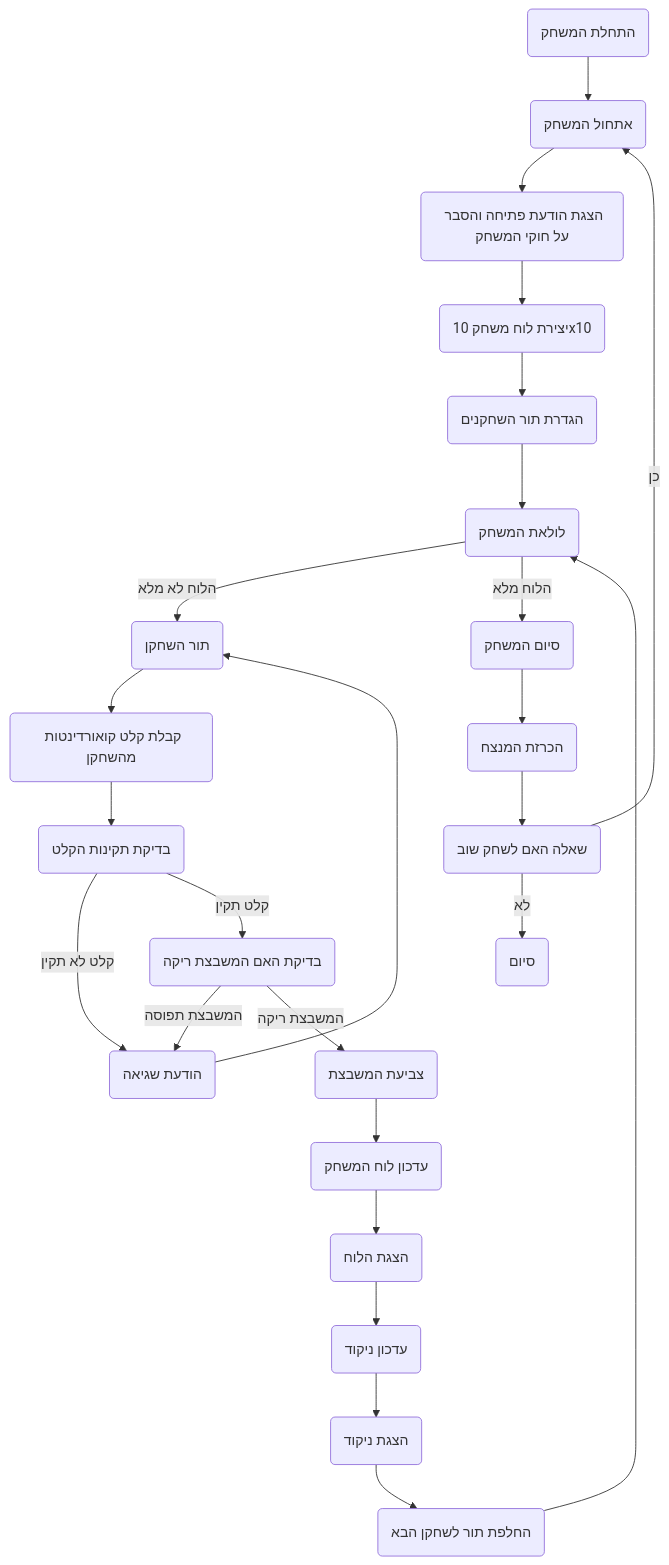
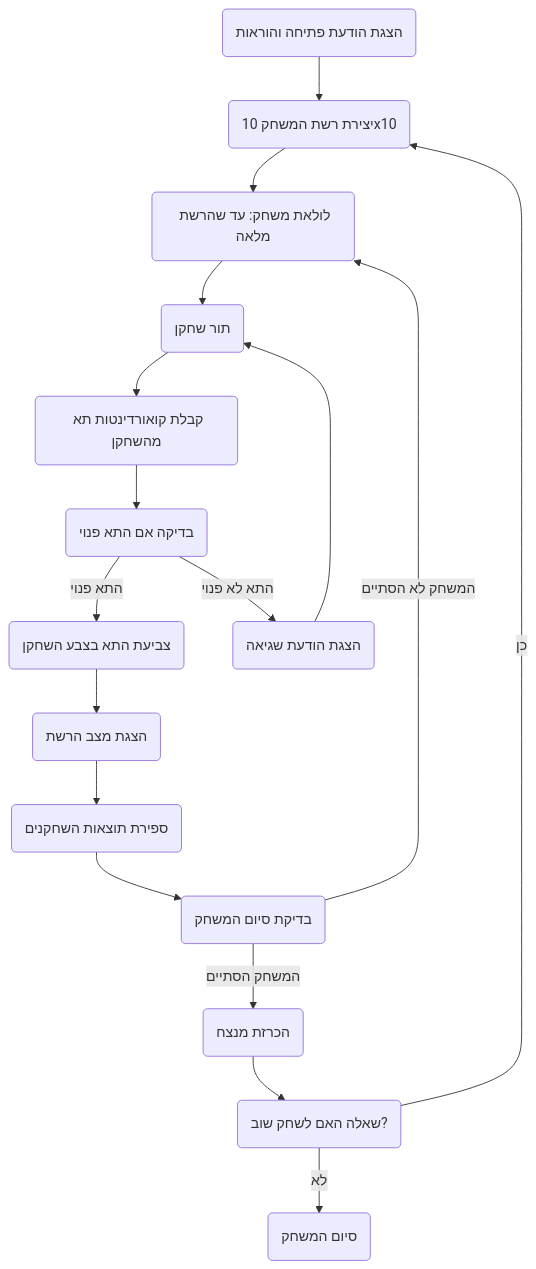
Before and after one commit to hypo69/hypo: the diagram in docs/gemini/he/explainer/src/endpoints/ai_games/101_basic_computer_games/ru/rules/84_splat.ru.md.md, drawn with Mermaid. The commit also changed other lines of this file and 885 other files, not shown here.

````diff
--- a/docs/gemini/he/explainer/src/endpoints/ai_games/101_basic_computer_games/ru/rules/84_splat.ru.md.md
+++ b/docs/gemini/he/explainer/src/endpoints/ai_games/101_basic_computer_games/ru/rules/84_splat.ru.md.md
@@ -38,33 +76,19 @@
 ```mermaid
 flowchart TD
-    Start(התחלת המשחק) --> InitGame(אתחול המשחק);
-    InitGame --> WelcomeMessage(הצגת הודעת פתיחה והסבר על חוקי המשחק);
-    WelcomeMessage --> CreateBoard(יצירת לוח משחק 10x10);
-    CreateBoard --> SetFirstPlayer(הגדרת תור השחקנים);
-    SetFirstPlayer --> GameLoop(לולאת המשחק);
-
-    GameLoop -- הלוח לא מלא --> PlayerTurn(תור השחקן);
-    PlayerTurn --> GetInput(קבלת קלט קואורדינטות מהשחקן);
-    GetInput --> ValidateInput(בדיקת תקינות הקלט);
-
-    ValidateInput -- קלט לא תקין --> ErrorMessage(הודעת שגיאה);
-    ErrorMessage --> PlayerTurn;
-
-    ValidateInput -- קלט תקין --> CheckCell(בדיקת האם המשבצת ריקה);
-    CheckCell -- המשבצת תפוסה --> ErrorMessage;
-    CheckCell -- המשבצת ריקה --> ColorCell(צביעת המשבצת);
-
-    ColorCell --> UpdateBoard(עדכון לוח המשחק);
-    UpdateBoard --> ShowBoard(הצגת הלוח);
-    ShowBoard --> UpdateScore(עדכון ניקוד);
-    UpdateScore --> ShowScore(הצגת ניקוד);
-    ShowScore --> SwitchPlayer(החלפת תור לשחקן הבא);
-    SwitchPlayer --> GameLoop;
-
-    GameLoop -- הלוח מלא --> EndGame(סיום המשחק);
-    EndGame --> DeclareWinner(הכרזת המנצח);
-    DeclareWinner --> PlayAgain(שאלה האם לשחק שוב);
-
-    PlayAgain -- כן --> InitGame;
-    PlayAgain -- לא --> End(סיום);
+    Start(הצגת הודעת פתיחה והוראות) --> InitializeGrid(יצירת רשת המשחק 10x10)
+    InitializeGrid --> GameLoopStart(לולאת משחק: עד שהרשת מלאה)
+    GameLoopStart --> PlayerTurn(תור שחקן)
+    PlayerTurn --> InputCoordinates(קבלת קואורדינטות תא מהשחקן)
+    InputCoordinates --> CheckCellAvailability(בדיקה אם התא פנוי)
+    CheckCellAvailability -- התא פנוי --> PaintCell(צביעת התא בצבע השחקן)
+    CheckCellAvailability -- התא לא פנוי --> ErrorMessage(הצגת הודעת שגיאה)
+    ErrorMessage --> PlayerTurn
+    PaintCell --> ShowGridState(הצגת מצב הרשת)
+    ShowGridState --> CountResults(ספירת תוצאות השחקנים)
+    CountResults --> CheckGameEnd(בדיקת סיום המשחק)
+    CheckGameEnd -- המשחק לא הסתיים --> GameLoopStart
+    CheckGameEnd -- המשחק הסתיים --> DeclareWinner(הכרזת מנצח)
+    DeclareWinner --> PlayAgain(שאלה האם לשחק שוב?)
+     PlayAgain -- כן --> InitializeGrid
+     PlayAgain -- לא --> End(סיום המשחק)
 ```
````
